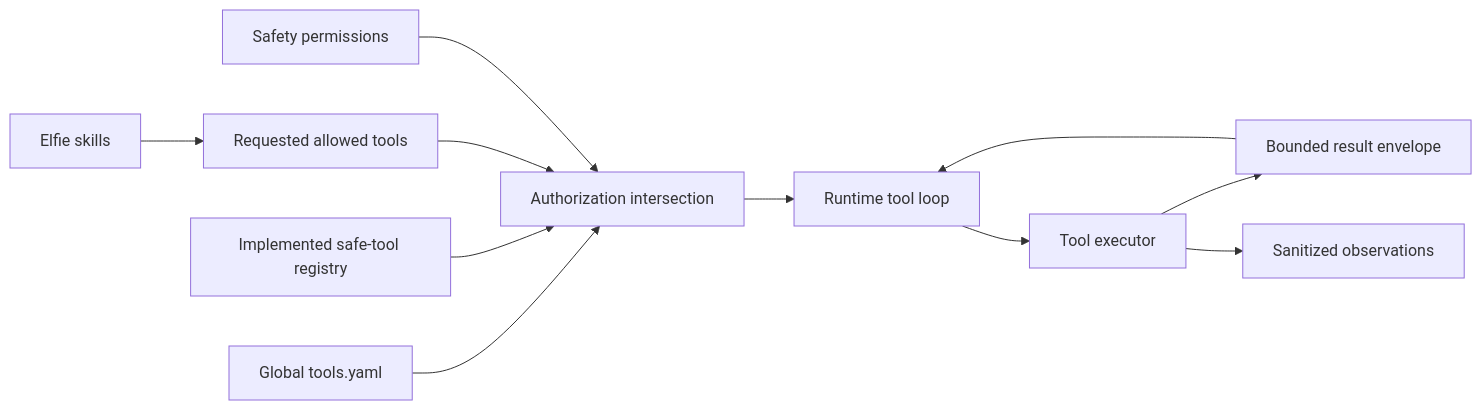
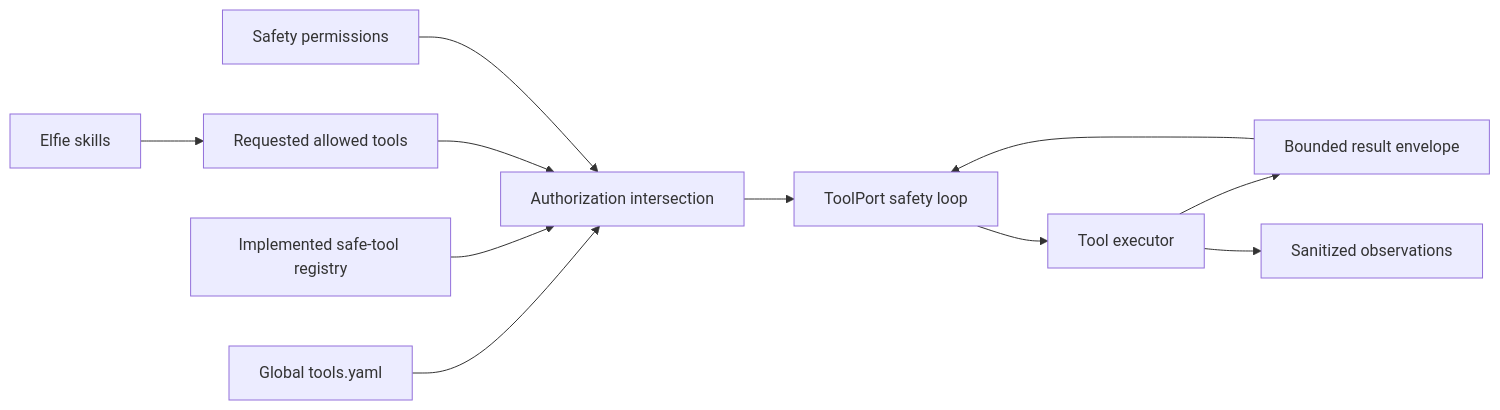
Before and after one commit to elfie-univ/ElfieNest: the second of 2 diagrams in docs/developer/contracts/ai-runtime.md, drawn with Mermaid. The commit also changed other lines of this file and 33 other files, not shown here.

Commit message:
docs(architecture): define Elfie internal contract

````diff
--- a/docs/developer/contracts/ai-runtime.md
+++ b/docs/developer/contracts/ai-runtime.md
@@ -440,13 +440,13 @@
 ```mermaid
 flowchart LR
   SK["Elfie skills"] --> AL["Requested allowed tools"]
   GC["Global tools.yaml"] --> IX["Authorization intersection"]
   IR["Implemented safe-tool registry"] --> IX
   AL --> IX
   PM["Safety permissions"] --> IX
-  IX --> TL["Runtime tool loop"]
+  IX --> TL["ToolPort safety loop"]
   TL --> EX["Tool executor"]
   EX --> BD["Bounded result envelope"]
   BD --> TL
   EX --> OB["Sanitized observations"]
 ```
````
